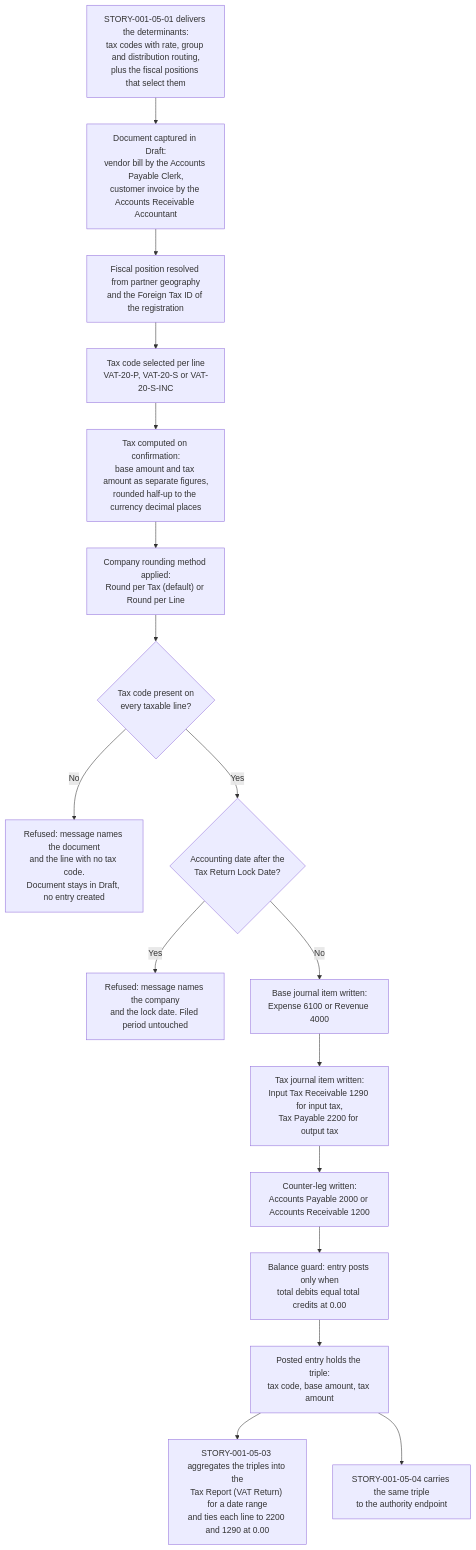
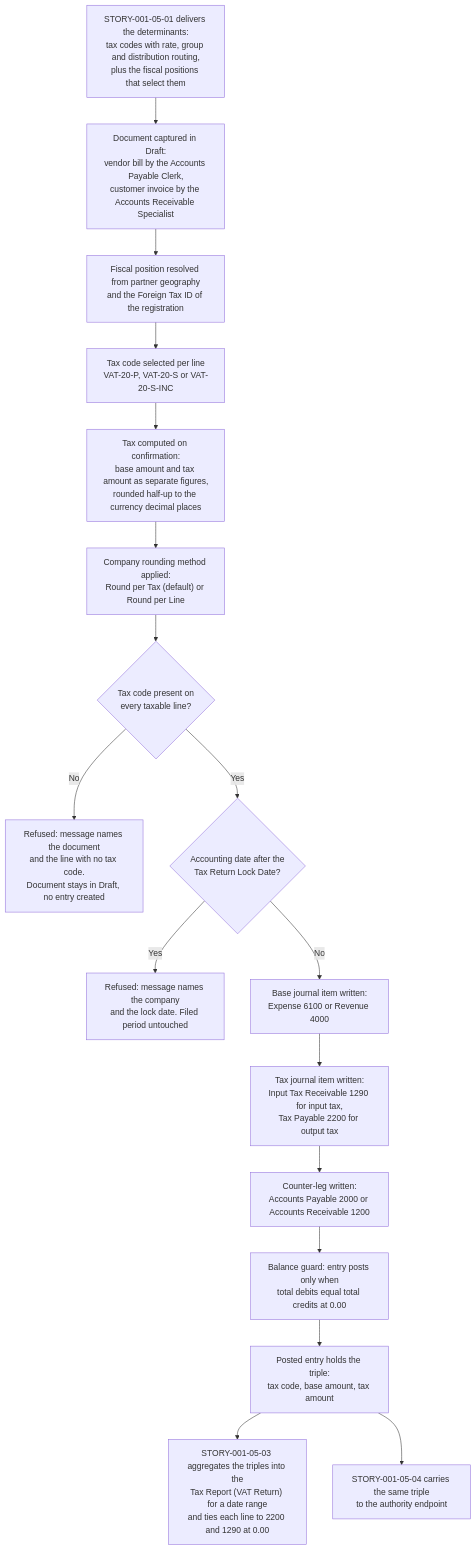
Before and after one commit to Blitzy-Sandbox/blitzy-odoo: the diagram in tickets/EPIC-001/FEATURE-001-05/STORY-001-05-02-compute-transaction-tax.md, drawn with Mermaid. The commit also changed other lines of this file and 51 other files, not shown here.

````diff
--- a/tickets/EPIC-001/FEATURE-001-05/STORY-001-05-02-compute-transaction-tax.md
+++ b/tickets/EPIC-001/FEATURE-001-05/STORY-001-05-02-compute-transaction-tax.md
@@ -361,37 +360,37 @@
 ```mermaid
 graph TD
     A["STORY-001-05-01 delivers the determinants:<br/>tax codes with rate, group and distribution routing,<br/>plus the fiscal positions that select them"]
-    B["Document captured in Draft:<br/>vendor bill by the Accounts Payable Clerk,<br/>customer invoice by the Accounts Receivable Accountant"]
+    B["Document captured in Draft:<br/>vendor bill by the Accounts Payable Clerk,<br/>customer invoice by the Accounts Receivable Specialist"]
     C["Fiscal position resolved from partner geography<br/>and the Foreign Tax ID of the registration"]
     D["Tax code selected per line<br/>VAT-20-P, VAT-20-S or VAT-20-S-INC"]
     E["Tax computed on confirmation:<br/>base amount and tax amount as separate figures,<br/>rounded half-up to the currency decimal places"]
     F["Company rounding method applied:<br/>Round per Tax (default) or Round per Line"]
     G{"Tax code present on<br/>every taxable line?"}
     H["Refused: message names the document<br/>and the line with no tax code.<br/>Document stays in Draft, no entry created"]
     I{"Accounting date after the<br/>Tax Return Lock Date?"}
     J["Refused: message names the company<br/>and the lock date. Filed period untouched"]
     K["Base journal item written:<br/>Expense 6100 or Revenue 4000"]
     L["Tax journal item written:<br/>Input Tax Receivable 1290 for input tax,<br/>Tax Payable 2200 for output tax"]
     M["Counter-leg written:<br/>Accounts Payable 2000 or Accounts Receivable 1200"]
     N["Balance guard: entry posts only when<br/>total debits equal total credits at 0.00"]
     O["Posted entry holds the triple:<br/>tax code, base amount, tax amount"]
     P["STORY-001-05-03 aggregates the triples into the<br/>Tax Report (VAT Return) for a date range<br/>and ties each line to 2200 and 1290 at 0.00"]
     Q["STORY-001-05-04 carries the same triple<br/>to the authority endpoint"]
 
     A --> B
     B --> C
     C --> D
     D --> E
     E --> F
     F --> G
     G -- No --> H
     G -- Yes --> I
     I -- Yes --> J
     I -- No --> K
     K --> L
     L --> M
     M --> N
     N --> O
     O --> P
     O --> Q
 ```
````
